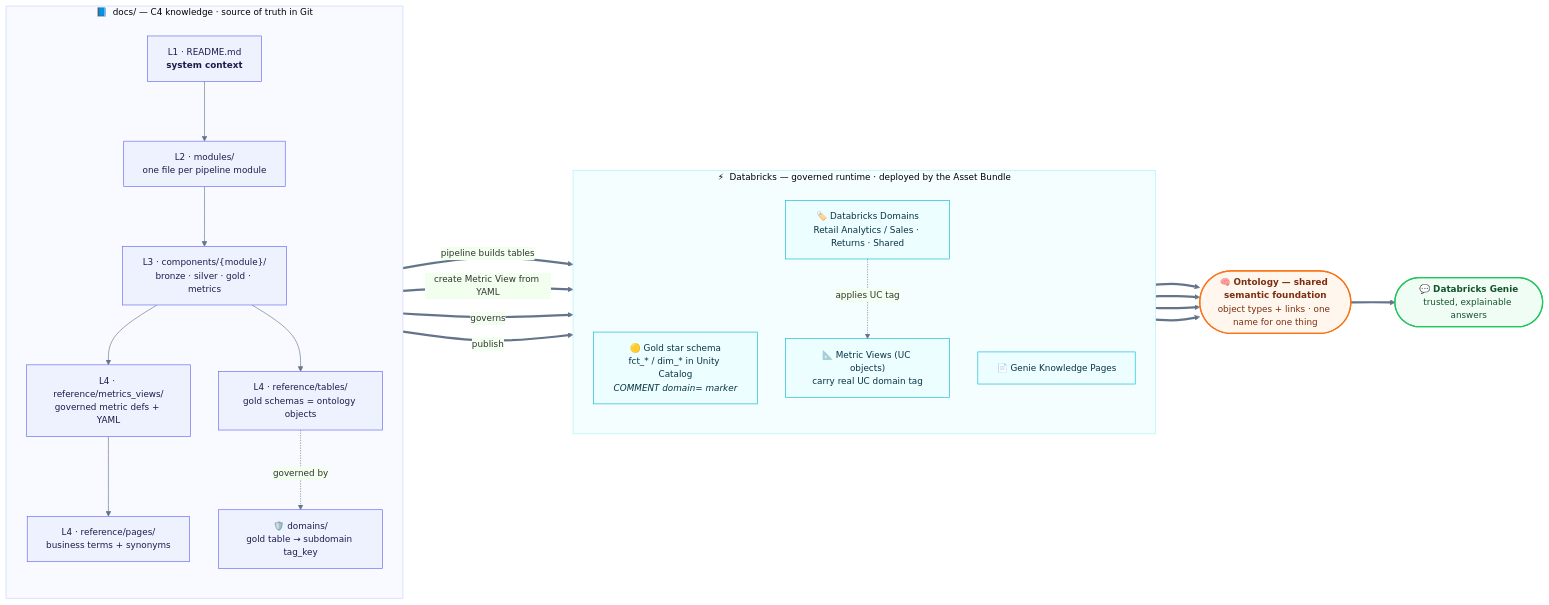
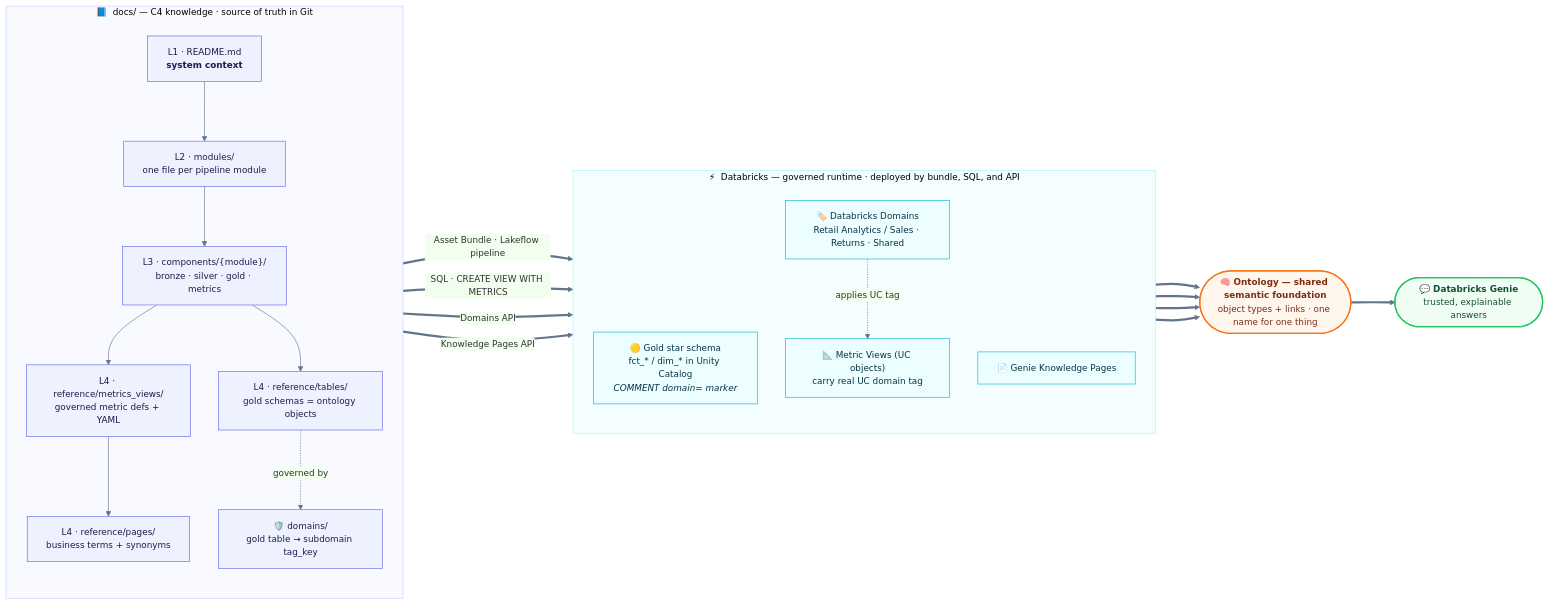
One commit to marcinkostkiewiczlingaro/dbx_meetup_demo changed the diagram in README.md. Above: the diagram before and after it, drawn with Mermaid. The commit also changed other lines of this file, not shown here.

Commit message:
docs: label deploy arrows by mechanism (bundle for gold, SQL for metric views, API for pages and domains)

````diff
--- a/README.md
+++ b/README.md
@@ -94,52 +94,52 @@
 ```mermaid
 %%{init: {"theme": "base", "themeVariables": {"fontfamily": "Segoe UI, Helvetica, Arial, sans-serif", "fontSize": "14px", "primaryColor": "#eef2ff", "lineColor": "#64748b", "clusterBorder": "#cbd5e1"}, "flowchart": {"curve": "basis", "nodeSpacing": 45, "rankSpacing": 70}}}%%
 flowchart LR
   subgraph DOCS["📘 &nbsp;docs/ &mdash; C4 knowledge &middot; source of truth in Git"]
     direction TB
     L1["L1 &middot; README.md<br/><b>system context</b>"]
     L2["L2 &middot; modules/<br/>one file per pipeline module"]
     L3["L3 &middot; components/{module}/<br/>bronze &middot; silver &middot; gold &middot; metrics"]
     TBL["L4 &middot; reference/tables/<br/>gold schemas = ontology objects"]
     MV["L4 &middot; reference/metrics_views/<br/>governed metric defs + YAML"]
     PG["L4 &middot; reference/pages/<br/>business terms + synonyms"]
     DOM["🛡️ domains/<br/>gold table &rarr; subdomain tag_key"]
     L1 --> L2 --> L3
     L3 --> TBL & MV
     MV --> PG
     TBL -. governed by .-> DOM
   end
 
-  subgraph DBX["⚡ &nbsp;Databricks &mdash; governed runtime &middot; deployed by the Asset Bundle"]
+  subgraph DBX["⚡ &nbsp;Databricks &mdash; governed runtime &middot; deployed by bundle, SQL, and API"]
     direction TB
     GOLD["🟡 Gold star schema<br/>fct_* / dim_* in Unity Catalog<br/><i>COMMENT domain= marker</i>"]
     MVIEW["📐 Metric Views (UC objects)<br/>carry real UC domain tag"]
     DOMAIN["🏷️ Databricks Domains<br/>Retail Analytics / Sales &middot; Returns &middot; Shared"]
     PAGES["📄 Genie Knowledge Pages"]
   end
 
   ONT(["🧠 <b>Ontology &mdash; shared semantic foundation</b><br/>object types + links &middot; one name for one thing"])
   GENIE(["💬 <b>Databricks Genie</b><br/>trusted, explainable answers"])
 
-  TBL ==>|pipeline builds tables| GOLD
-  MV ==>|create Metric View from YAML| MVIEW
-  DOM ==>|governs| DOMAIN
-  PG ==>|publish| PAGES
+  TBL ==>|Asset Bundle · Lakeflow pipeline| GOLD
+  MV ==>|SQL · CREATE VIEW WITH METRICS| MVIEW
+  DOM ==>|Domains API| DOMAIN
+  PG ==>|Knowledge Pages API| PAGES
   DOMAIN -. applies UC tag .-> MVIEW
 
   GOLD ==> ONT
   MVIEW ==> ONT
   DOMAIN ==> ONT
   PAGES ==> ONT
   ONT ==> GENIE
 
   classDef docs fill:#eef2ff,stroke:#6366f1,stroke-width:1px,color:#1e1b4b;
   classDef dbx fill:#ecfeff,stroke:#06b6d4,stroke-width:1px,color:#083344;
   classDef ont fill:#fff7ed,stroke:#f97316,stroke-width:2px,color:#7c2d12;
   classDef genie fill:#f0fdf4,stroke:#22c55e,stroke-width:2px,color:#14532d;
   class L1,L2,L3,TBL,MV,PG,DOM docs;
   class GOLD,MVIEW,DOMAIN,PAGES dbx;
   class ONT ont;
   class GENIE genie;
   style DOCS fill:#f8faff,stroke:#c7d2fe,stroke-width:1px;
   style DBX fill:#f5feff,stroke:#a5f3fc,stroke-width:1px;
 ```
````
